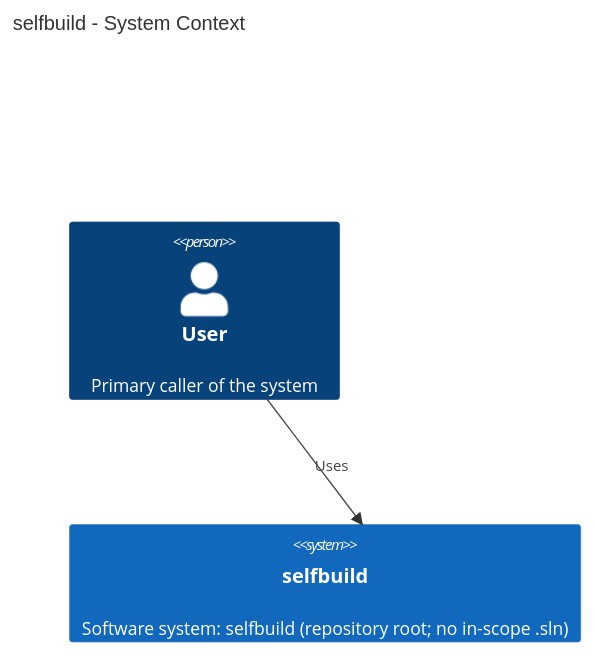
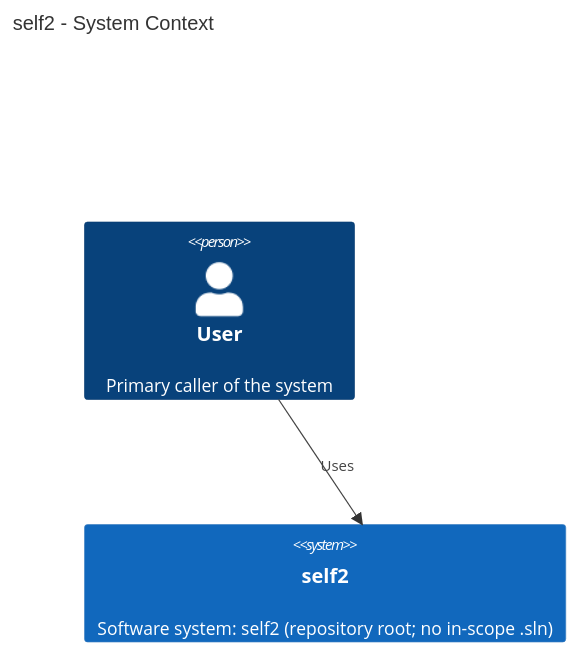
One commit to HeWhoRoams/AppDoc changed the third of 3 diagrams in docs/application-documentation.md. Above: the diagram before and after it, drawn with Mermaid. The commit also changed other lines of this file and 169 other files, not shown here.

````diff
--- a/docs/application-documentation.md
+++ b/docs/application-documentation.md
@@ -394,7 +396,7 @@
 ```mermaid
 C4Context
-title selfbuild - System Context
+title self2 - System Context
 Person(user, "User", "Primary caller of the system")
-System(selfbuild, "selfbuild", "Software system: selfbuild (repository root; no in-scope .sln)")
-Rel(user, selfbuild, "Uses")
+System(self2, "self2", "Software system: self2 (repository root; no in-scope .sln)")
+Rel(user, self2, "Uses")
 ```
````
